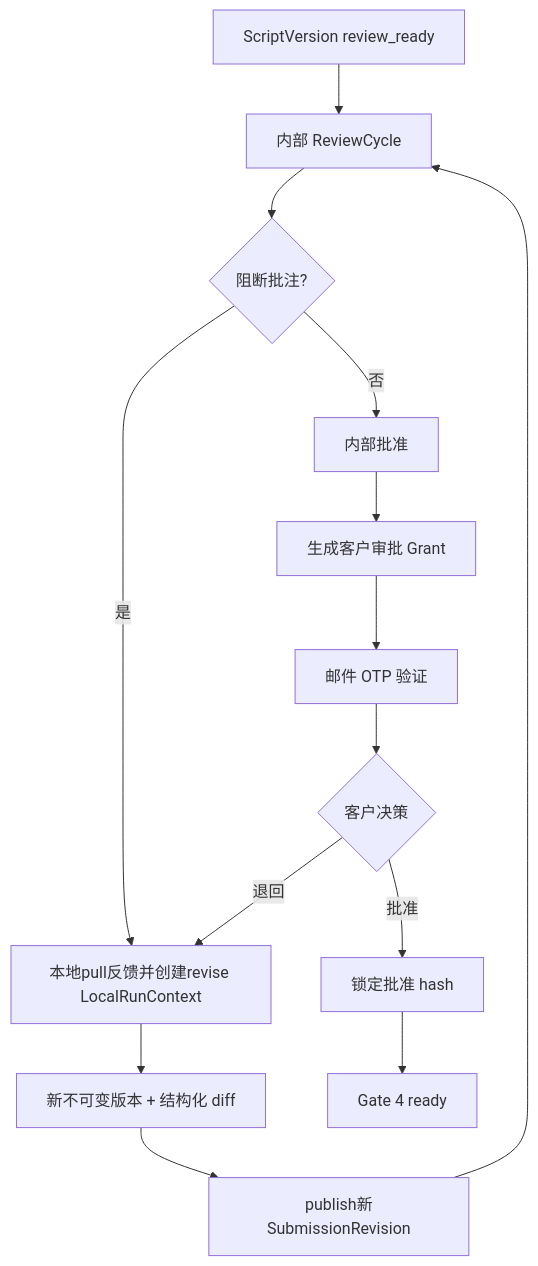
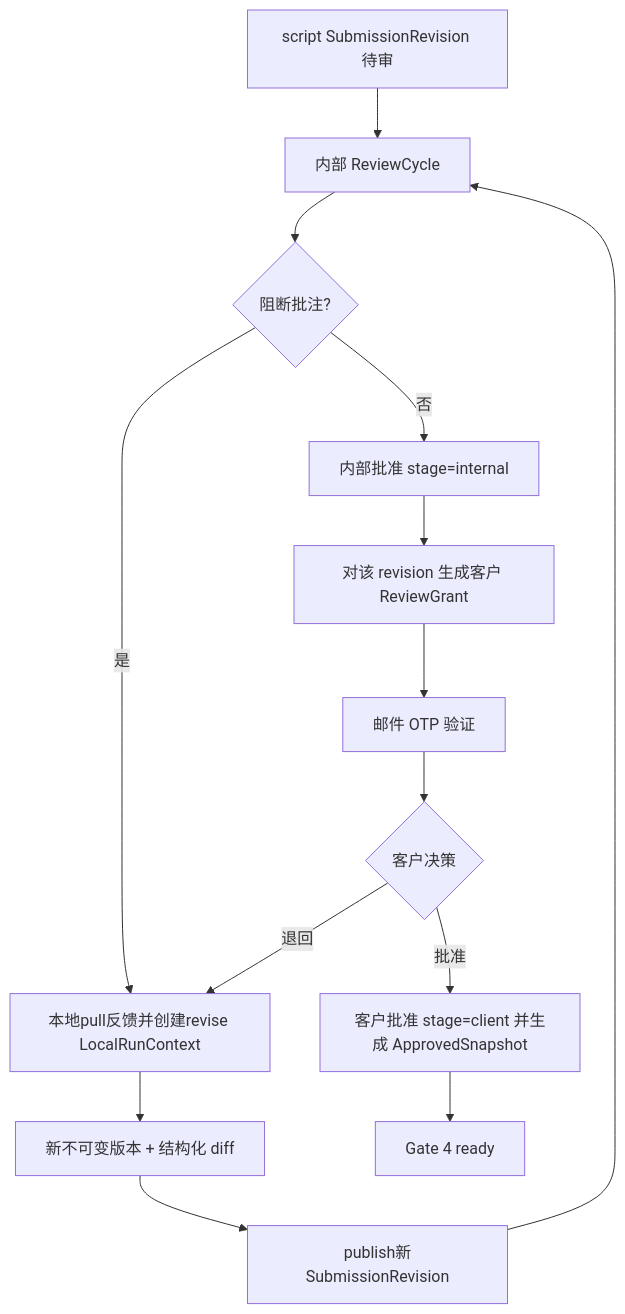
The eighth of 13 diagrams in docs/roadmap/v2/04-business-workflows.md (limecloud/contentcloud), drawn with Mermaid before and after one commit. The commit also changed other lines of this file and 76 other files, not shown here.

````diff
--- a/docs/roadmap/v2/04-business-workflows.md
+++ b/docs/roadmap/v2/04-business-workflows.md
@@ -176,16 +179,16 @@
 ```mermaid
 flowchart TB
-    A[ScriptVersion review_ready] --> B[内部 ReviewCycle]
+    A[script SubmissionRevision 待审] --> B[内部 ReviewCycle]
     B --> C{阻断批注?}
     C -- 是 --> D[本地pull反馈并创建revise LocalRunContext]
     D --> E[新不可变版本 + 结构化 diff]
     E --> P[publish新SubmissionRevision]
     P --> B
-    C -- 否 --> F[内部批准]
-    F --> G[生成客户审批 Grant]
+    C -- 否 --> F[内部批准 stage=internal]
+    F --> G[对该 revision 生成客户 ReviewGrant]
     G --> H[邮件 OTP 验证]
     H --> I{客户决策}
     I -- 退回 --> D
-    I -- 批准 --> J[锁定批准 hash]
+    I -- 批准 --> J[客户批准 stage=client 并生成 ApprovedSnapshot]
     J --> K[Gate 4 ready]
 ```
````
